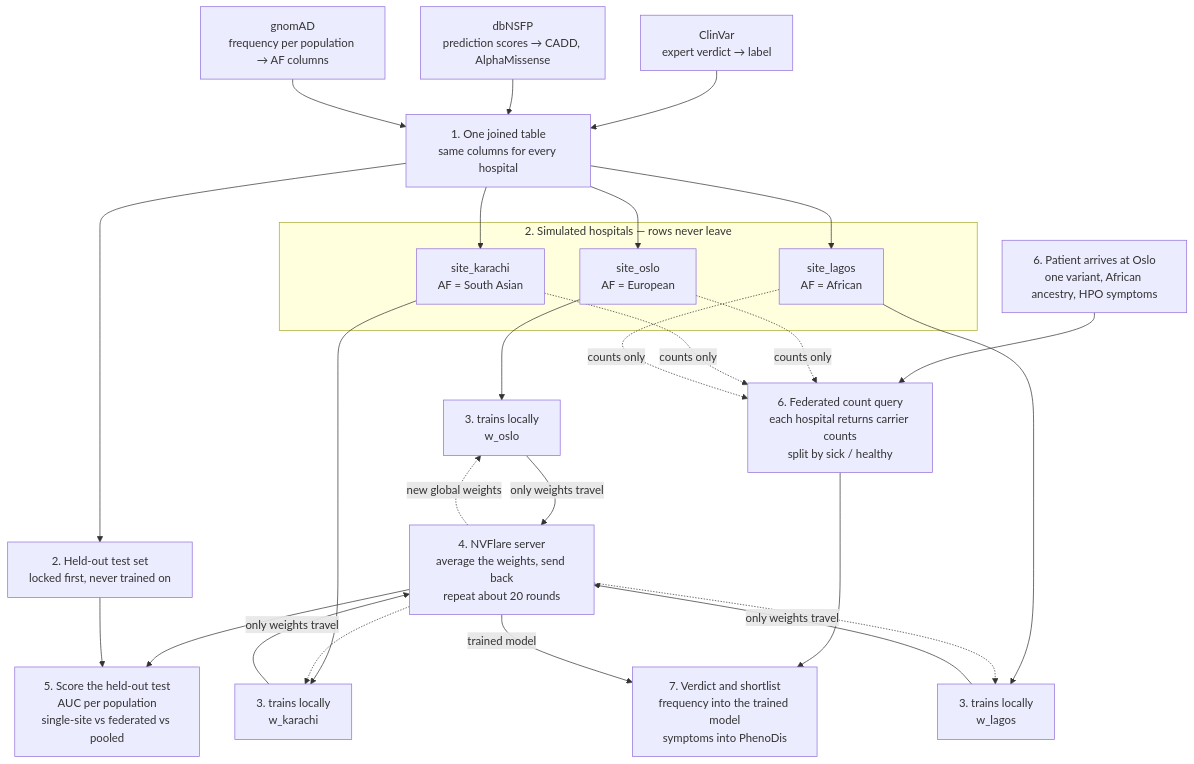
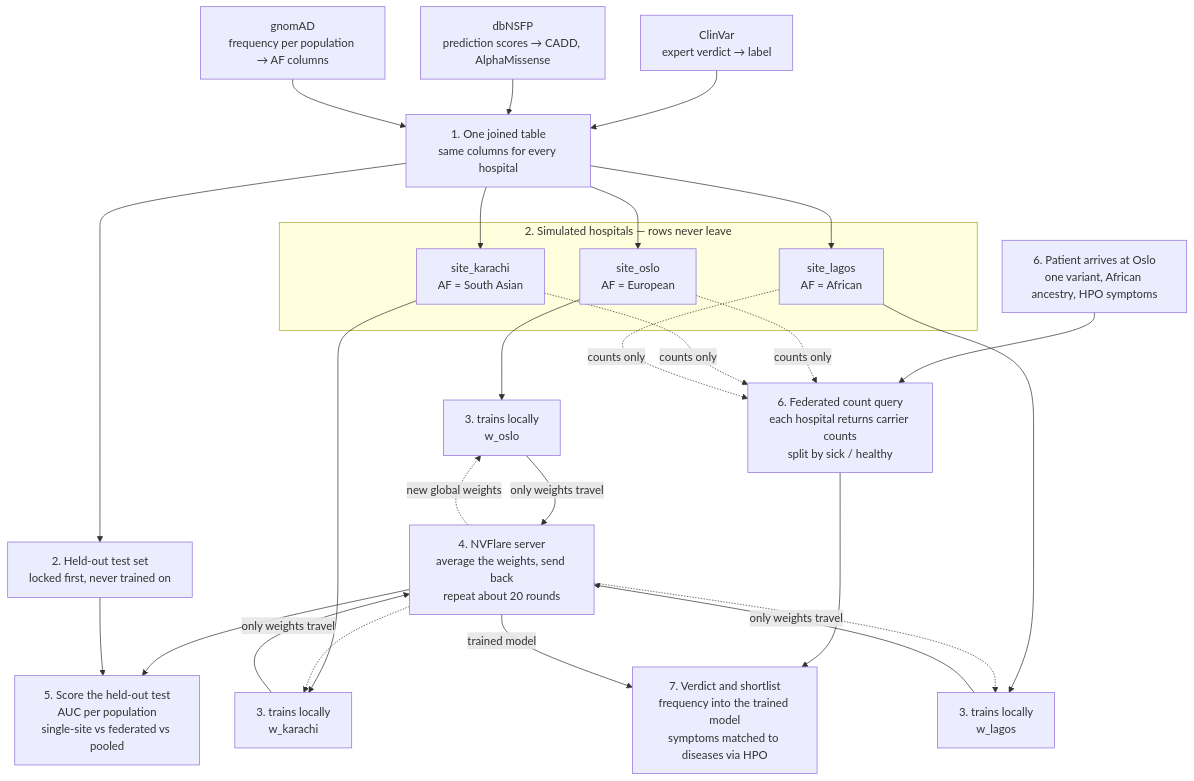
One commit to collaborativebioinformatics/Hello-World-Federated-Learning-for-Clinical-Diagnostics changed the first of 2 diagrams in README.md. Above: the diagram before and after it, drawn with Mermaid. The commit also changed other lines of this file and 5 other files, not shown here.

````diff
--- a/README.md
+++ b/README.md
@@ -54,51 +55,51 @@
 ```mermaid
 flowchart TD
     CV["ClinVar<br/>expert verdict → label"]
     DB["dbNSFP<br/>prediction scores → CADD, AlphaMissense"]
     GN["gnomAD<br/>frequency per population → AF columns"]
     T["1. One joined table<br/>same columns for every hospital"]
     CV --> T
     DB --> T
     GN --> T
 
     H["2. Held-out test set<br/>locked first, never trained on"]
     subgraph SITES["2. Simulated hospitals — rows never leave"]
         O["site_oslo<br/>AF = European"]
         K["site_karachi<br/>AF = South Asian"]
         L["site_lagos<br/>AF = African"]
     end
     T --> H
     T --> O
     T --> K
     T --> L
 
     OM["3. trains locally<br/>w_oslo"]
     KM["3. trains locally<br/>w_karachi"]
     LM["3. trains locally<br/>w_lagos"]
     O --> OM
     K --> KM
     L --> LM
 
     S["4. NVFlare server<br/>average the weights, send back<br/>repeat about 20 rounds"]
     OM -->|"only weights travel"| S
     KM -->|"only weights travel"| S
     LM -->|"only weights travel"| S
     S -.->|"new global weights"| OM
     S -.-> KM
     S -.-> LM
 
     E["5. Score the held-out test<br/>AUC per population<br/>single-site vs federated vs pooled"]
     S --> E
     H --> E
 
     P["6. Patient arrives at Oslo<br/>one variant, African ancestry, HPO symptoms"]
     Q["6. Federated count query<br/>each hospital returns carrier counts<br/>split by sick / healthy"]
     P --> Q
     O -.->|"counts only"| Q
     K -.->|"counts only"| Q
     L -.->|"counts only"| Q
 
-    V["7. Verdict and shortlist<br/>frequency into the trained model<br/>symptoms into PhenoDis"]
+    V["7. Verdict and shortlist<br/>frequency into the trained model<br/>symptoms matched to diseases via HPO"]
     Q --> V
     S -->|"trained model"| V
 ```
````
